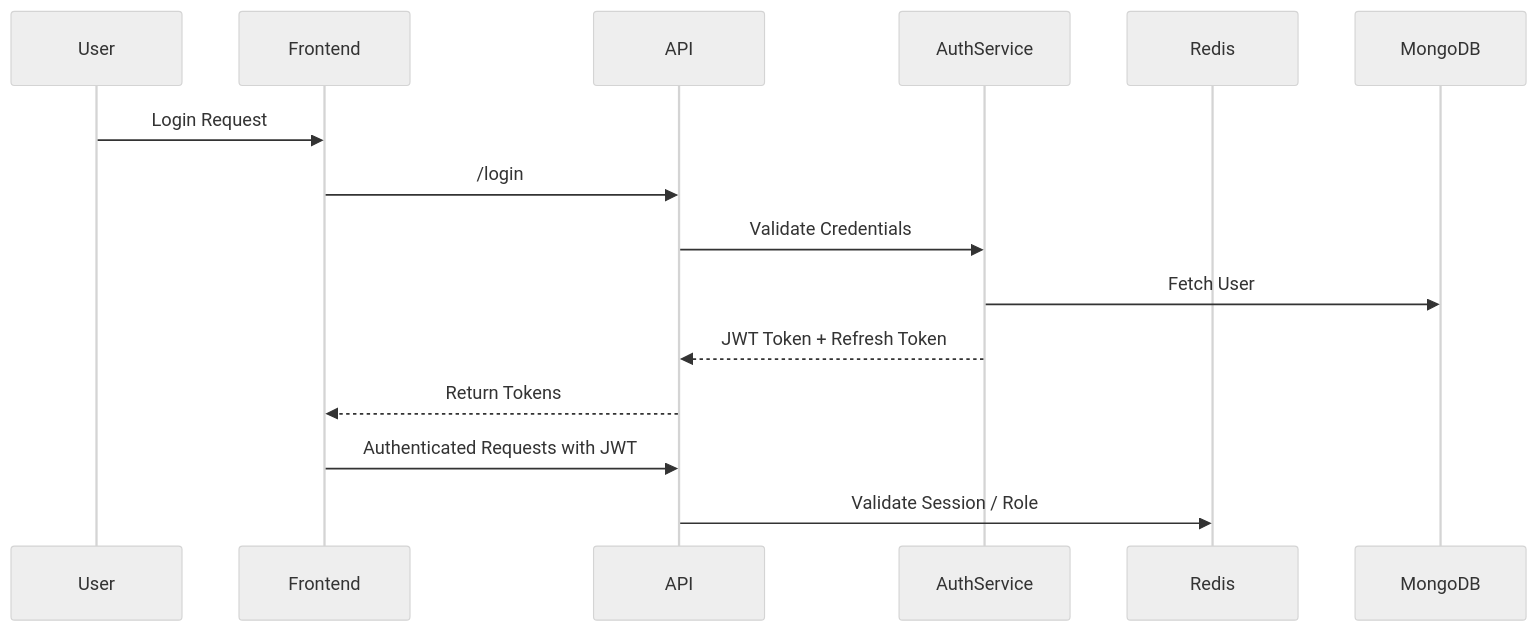
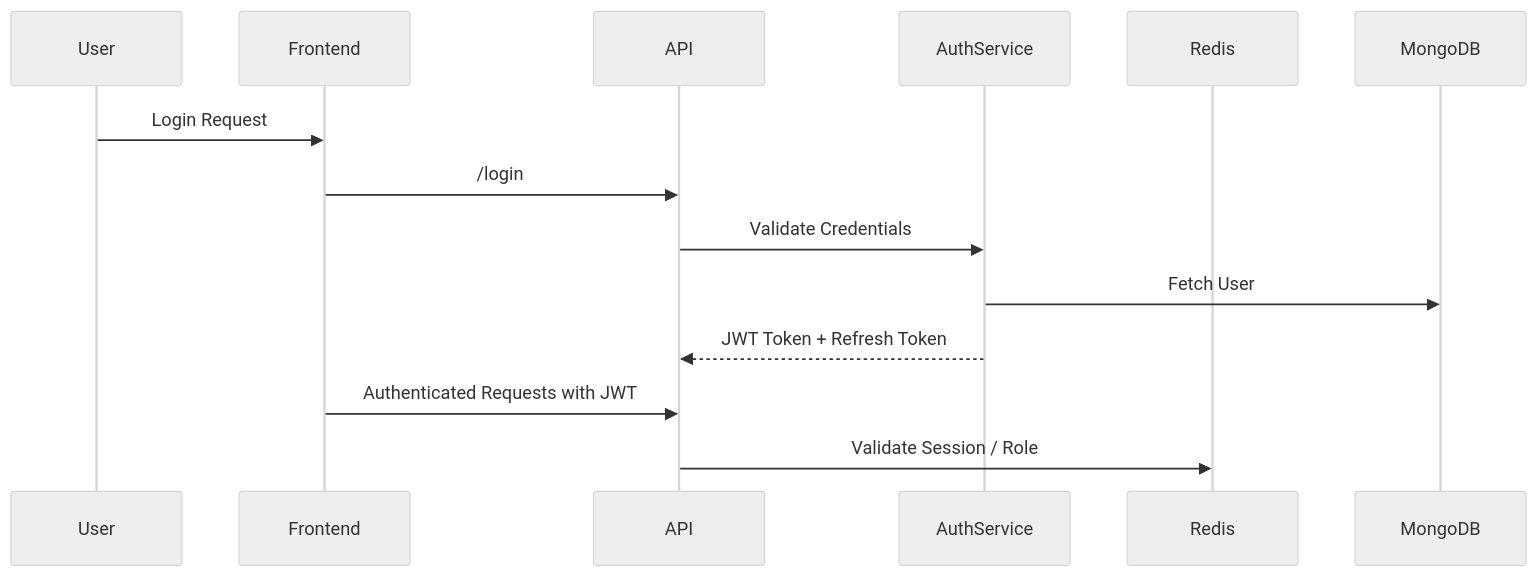
Before and after one commit to BasilAboSaleem/TokDesk-v2: the sixth of 7 diagrams in ARCHITECTURE.md, drawn with Mermaid (neutral theme). The commit also changed other lines of this file, not shown here.

First line of the commit message:
docs(architecture): update TokDesk v2 architecture after adding models

````diff
--- a/ARCHITECTURE.md
+++ b/ARCHITECTURE.md
@@ -168,17 +189,16 @@
 ```mermaid
 sequenceDiagram
     participant User
     participant Frontend
     participant API
     participant AuthService
     participant Redis
 
     User->>Frontend: Login Request
     Frontend->>API: /login
     API->>AuthService: Validate Credentials
     AuthService->>MongoDB: Fetch User
     AuthService-->>API: JWT Token + Refresh Token
-    API-->>Frontend: Return Tokens
     Frontend->>API: Authenticated Requests with JWT
     API->>Redis: Validate Session / Role
 ```
````
